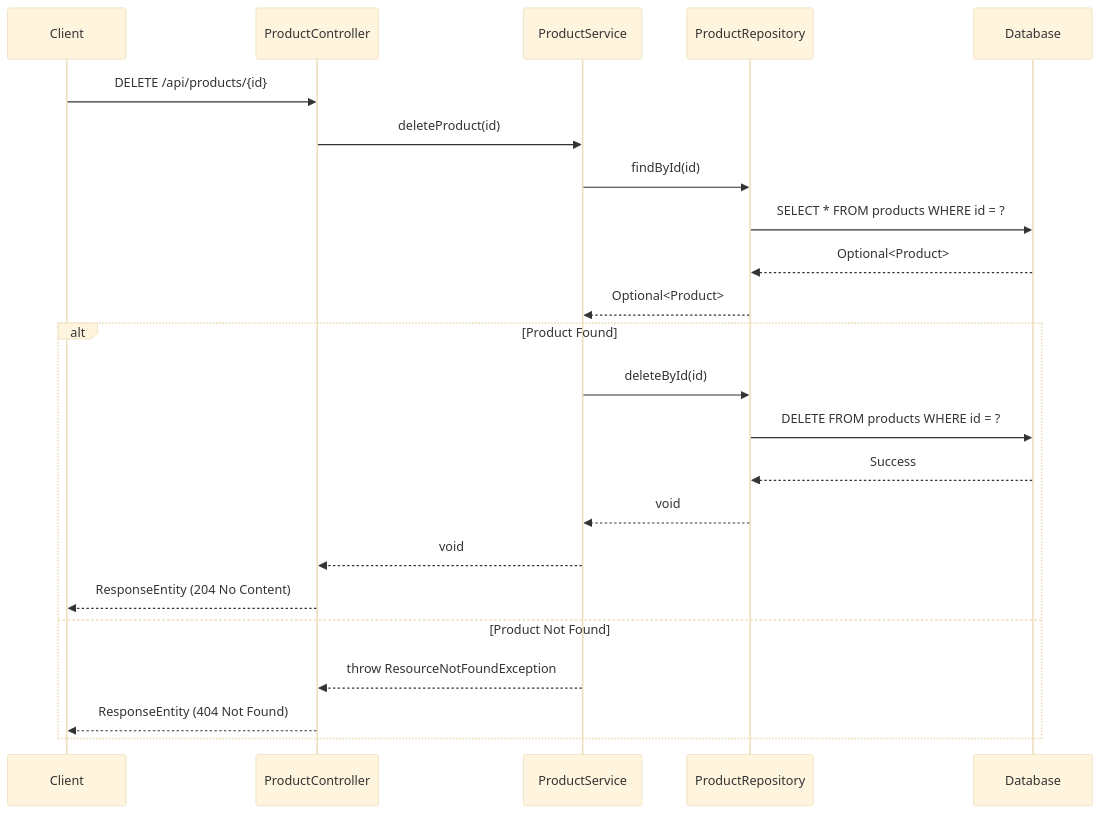
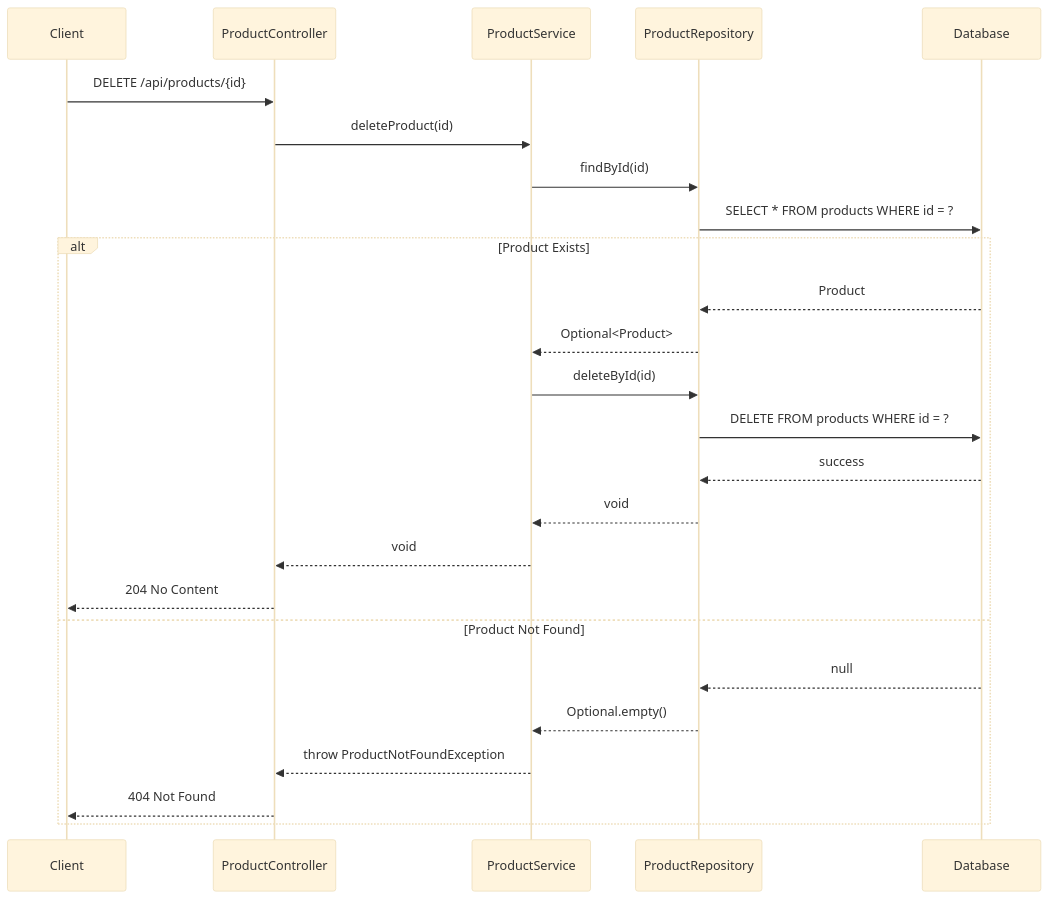
One commit to NavneetBN47/aava-ecom-demo changed the seventh of 13 diagrams in docs/LLD/modified_lld.md. Above: the diagram before and after it, drawn with Mermaid (base theme). The commit also changed other lines of this file, not shown here.

````diff
--- a/docs/LLD/modified_lld.md
+++ b/docs/LLD/modified_lld.md
@@ -316,26 +316,29 @@
 ```mermaid
 sequenceDiagram
     participant Client
     participant ProductController
     participant ProductService
     participant ProductRepository
     participant Database
 
     Client->>ProductController: DELETE /api/products/{id}
     ProductController->>ProductService: deleteProduct(id)
     ProductService->>ProductRepository: findById(id)
     ProductRepository->>Database: SELECT * FROM products WHERE id = ?
-    Database-->>ProductRepository: Optional<Product>
-    ProductRepository-->>ProductService: Optional<Product>
-    alt Product Found
+    
+    alt Product Exists
+        Database-->>ProductRepository: Product
+        ProductRepository-->>ProductService: Optional<Product>
         ProductService->>ProductRepository: deleteById(id)
         ProductRepository->>Database: DELETE FROM products WHERE id = ?
-        Database-->>ProductRepository: Success
+        Database-->>ProductRepository: success
         ProductRepository-->>ProductService: void
         ProductService-->>ProductController: void
-        ProductController-->>Client: ResponseEntity (204 No Content)
+        ProductController-->>Client: 204 No Content
     else Product Not Found
-        ProductService-->>ProductController: throw ResourceNotFoundException
-        ProductController-->>Client: ResponseEntity (404 Not Found)
+        Database-->>ProductRepository: null
+        ProductRepository-->>ProductService: Optional.empty()
+        ProductService-->>ProductController: throw ProductNotFoundException
+        ProductController-->>Client: 404 Not Found
     end
 ```
````
